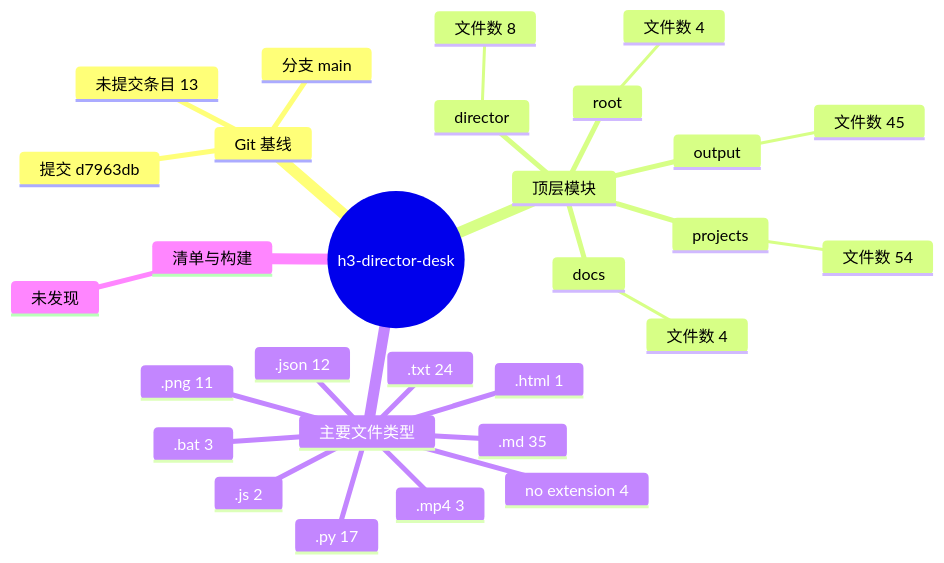
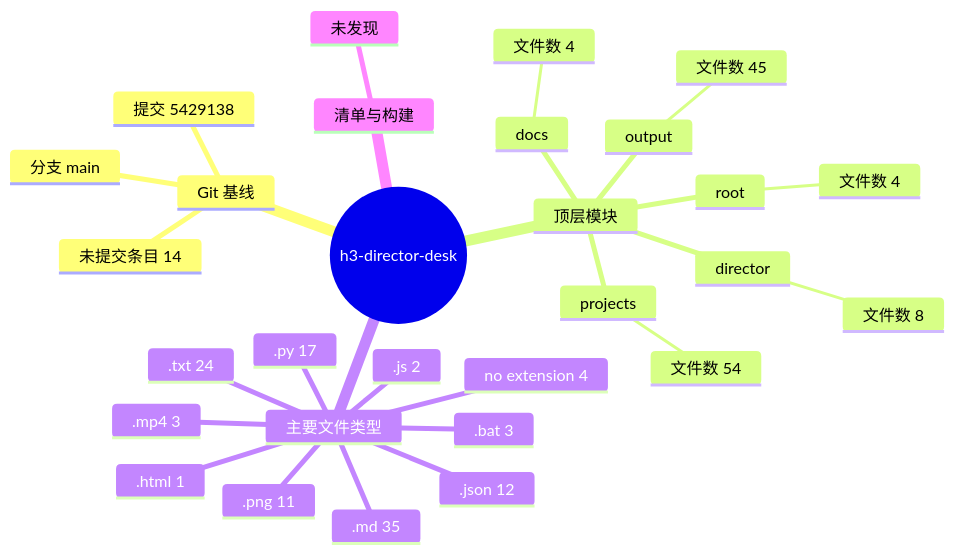
The diagram in docs/project-evolution/mindmaps/repository-structure.md (Exalex/h3-director-desk), drawn with Mermaid before and after one commit. The commit also changed 13 other files, not shown here.

````diff
--- a/docs/project-evolution/mindmaps/repository-structure.md
+++ b/docs/project-evolution/mindmaps/repository-structure.md
@@ -5,32 +5,32 @@
 ```mermaid
 mindmap
   root((h3-director-desk))
     Git 基线
       分支 main
-      提交 d7963db
-      未提交条目 13
+      提交 5429138
+      未提交条目 14
     顶层模块
       projects
         文件数 54
       output
         文件数 45
       director
         文件数 8
       root
         文件数 4
       docs
         文件数 4
     主要文件类型
       .md 35
       .txt 24
       .py 17
       .json 12
       .png 11
       no extension 4
       .bat 3
       .mp4 3
       .js 2
       .html 1
     清单与构建
       未发现
 ```
````
